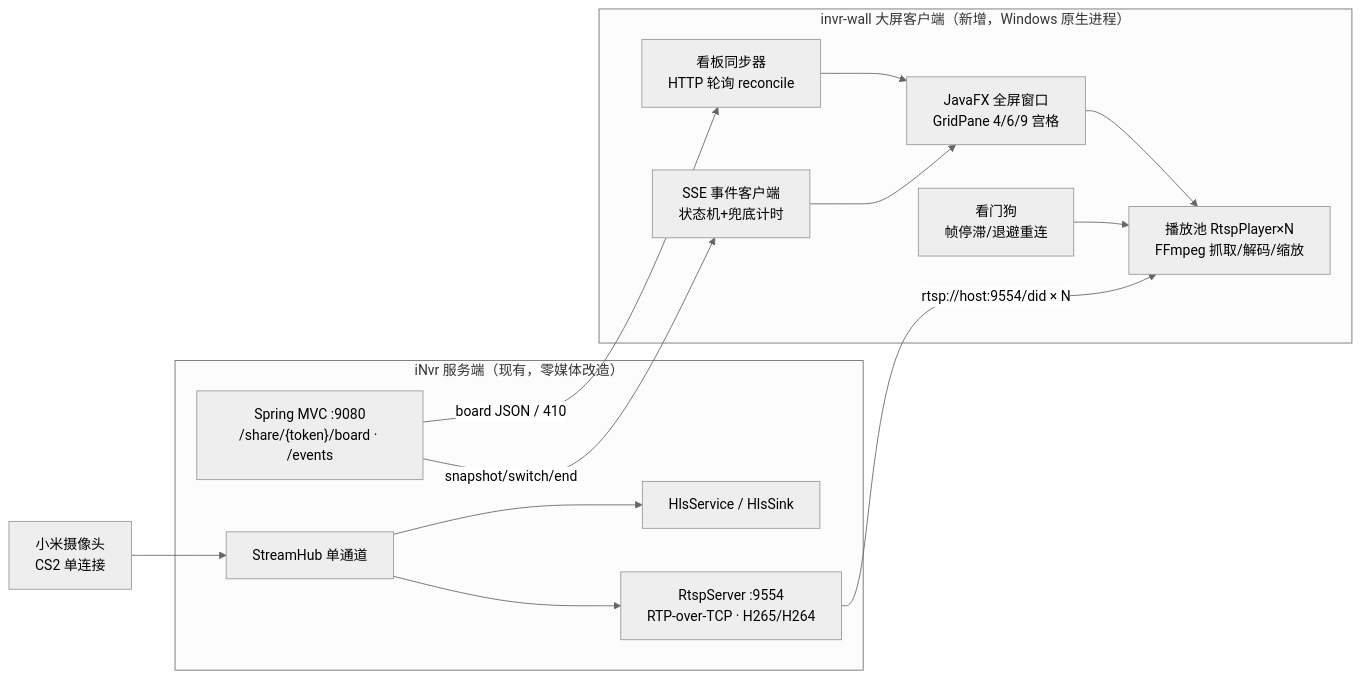
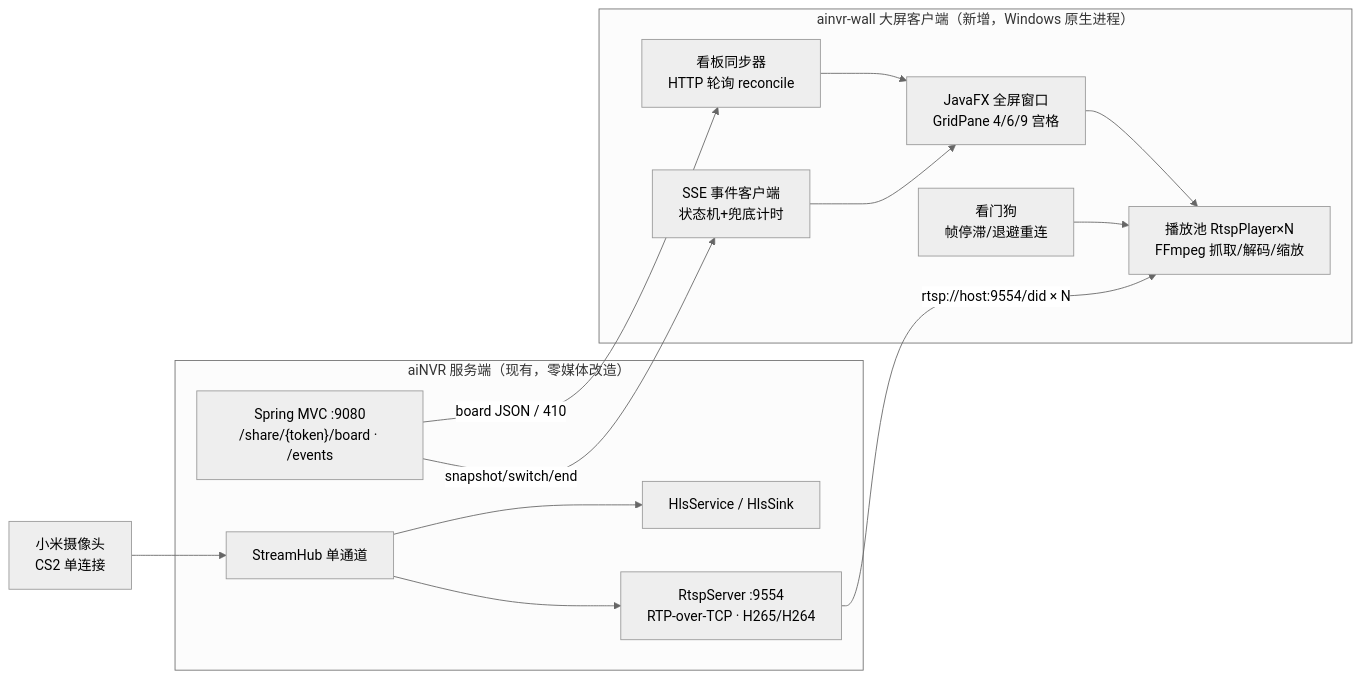
The first of 3 diagrams in docs/design/03-rtsp-wall-client-design.md (zsunny6658/ai-nvr), drawn with Mermaid (neutral theme) before and after one commit. The commit also changed other lines of this file and 4 other files, not shown here.

````diff
--- a/docs/design/03-rtsp-wall-client-design.md
+++ b/docs/design/03-rtsp-wall-client-design.md
@@ -62,29 +62,29 @@
 ```mermaid
 flowchart LR
-    subgraph NVR["iNvr 服务端（现有，零媒体改造）"]
+    subgraph NVR["aiNVR 服务端（现有，零媒体改造）"]
         HUB["StreamHub 单通道"]
         HLS["HlsService / HlsSink"]
         RTSPD["RtspServer :9554<br/>RTP-over-TCP · H265/H264"]
         WEB["Spring MVC :9080<br/>/share/{token}/board · /events"]
         HUB --> HLS
         HUB --> RTSPD
     end
 
     CAM["小米摄像头<br/>CS2 单连接"] --> HUB
 
-    subgraph WALL["invr-wall 大屏客户端（新增，Windows 原生进程）"]
+    subgraph WALL["ainvr-wall 大屏客户端（新增，Windows 原生进程）"]
         UI["JavaFX 全屏窗口<br/>GridPane 4/6/9 宫格"]
         POOL["播放池 RtspPlayer×N<br/>FFmpeg 抓取/解码/缩放"]
         SYNC["看板同步器<br/>HTTP 轮询 reconcile"]
         EVT["SSE 事件客户端<br/>状态机+兜底计时"]
         DOG["看门狗<br/>帧停滞/退避重连"]
         UI --> POOL
         SYNC --> UI
         EVT --> UI
         DOG --> POOL
     end
 
     WEB -->|board JSON / 410| SYNC
     WEB -->|snapshot/switch/end| EVT
     RTSPD -->|rtsp://host:9554/did × N| POOL
 ```
````
